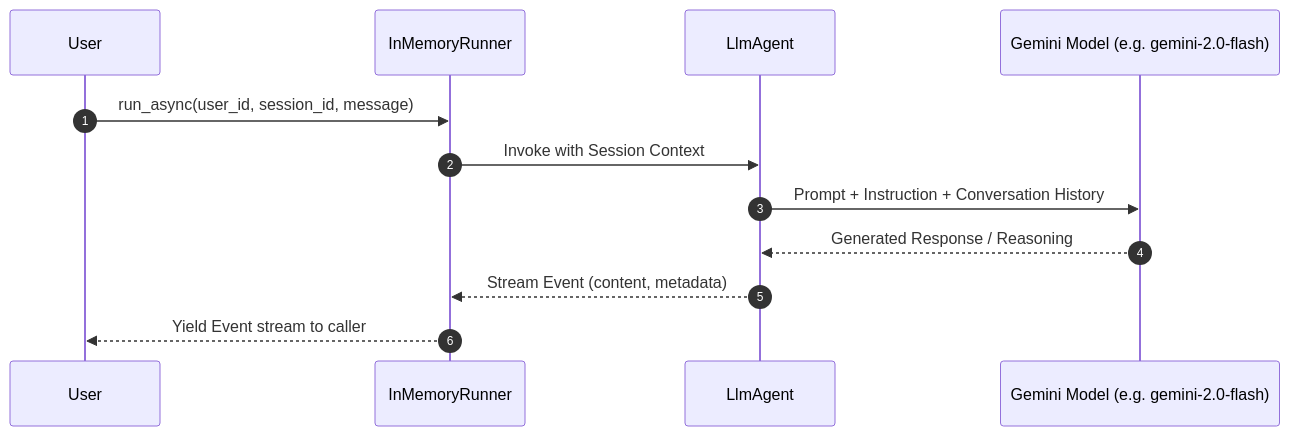
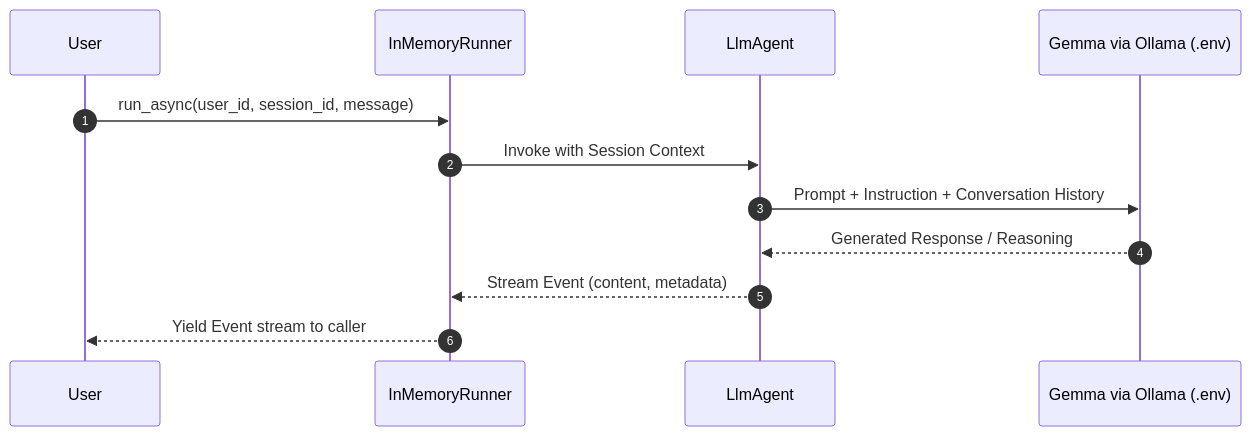
The diagram in phase_1_foundations/README.md (ChipCLee/google-adk-learn), drawn with Mermaid before and after one commit. The commit also changed other lines of this file and 23 other files, not shown here.

````diff
--- a/phase_1_foundations/README.md
+++ b/phase_1_foundations/README.md
@@ -17,15 +17,15 @@
 ```mermaid
 sequenceDiagram
     autonumber
     participant User
     participant Runner as InMemoryRunner
     participant Agent as LlmAgent
-    participant LLM as Gemini Model (e.g. gemini-2.0-flash)
+    participant LLM as Gemma via Ollama (.env)
 
     User->>Runner: run_async(user_id, session_id, message)
     Runner->>Agent: Invoke with Session Context
     Agent->>LLM: Prompt + Instruction + Conversation History
     LLM-->>Agent: Generated Response / Reasoning
     Agent-->>Runner: Stream Event (content, metadata)
     Runner-->>User: Yield Event stream to caller
 ```
````
